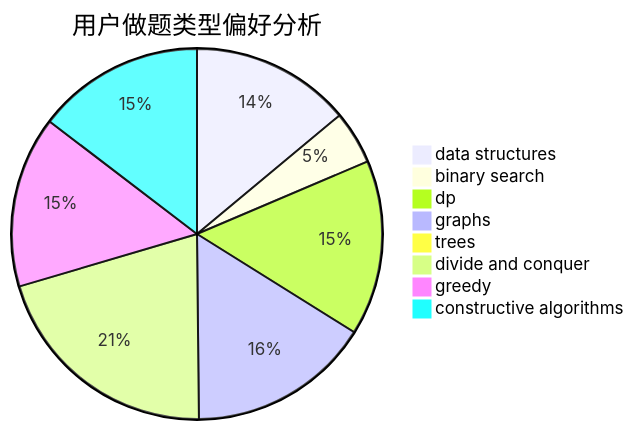
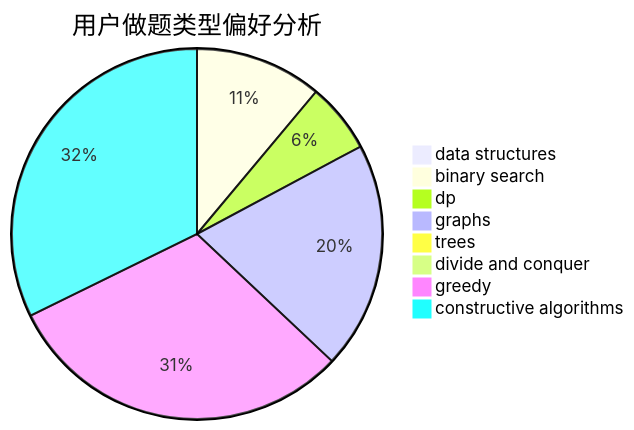
Before and after one commit to sherpahu/cfrs.github.io: the second of 3 diagrams in docs/user/u394.md, drawn with Mermaid. The commit also changed other lines of this file and 2770 other files, not shown here.

````diff
--- a/docs/user/u394.md
+++ b/docs/user/u394.md
@@ -23,11 +23,11 @@
 ```mermaid
 pie title 用户做题类型偏好分析
-    "data structures" :  42
-    "binary search" :  14
-    "dp" :  46
-    "graphs" :  48
-    "trees" :  1
-    "divide and conquer" :  62
-    "greedy" :  45
-    "constructive algorithms" :  44
+    "data structures" :  1
+    "binary search" :  100
+    "dp" :  55
+    "graphs" :  179
+    "trees" :  5
+    "divide and conquer" :  0
+    "greedy" :  277
+    "constructive algorithms" :  291
 ```
````
